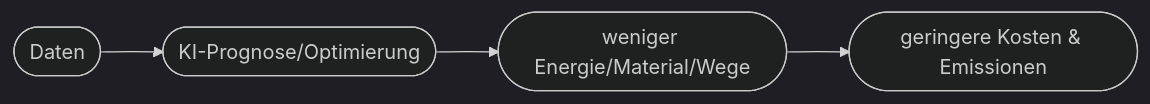
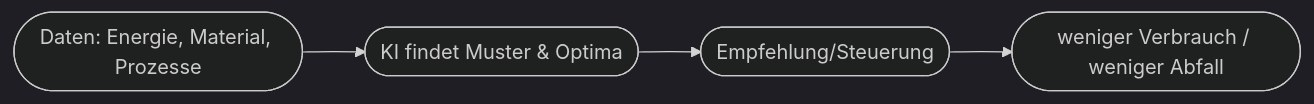
One commit to Qualidy/Prompt-Engineering-KI-in-der-Arbeitswelt changed the diagram in docs/content/kapitel29.md. Above: the diagram before and after it, drawn with Mermaid (dark theme). The commit also changed other lines of this file and 80 other files, not shown here.

````diff
--- a/docs/content/kapitel29.md
+++ b/docs/content/kapitel29.md
@@ -36,6 +21,6 @@
 ```mermaid
 flowchart LR
-    A([Daten]) --> B([KI-Prognose/Optimierung])
-    B --> C([weniger Energie/Material/Wege])
-    C --> D([geringere Kosten & Emissionen])
+    A([Daten: Energie, Material, Prozesse]) --> B([KI findet Muster & Optima])
+    B --> C([Empfehlung/Steuerung])
+    C --> D([weniger Verbrauch / weniger Abfall])
 ```
````
